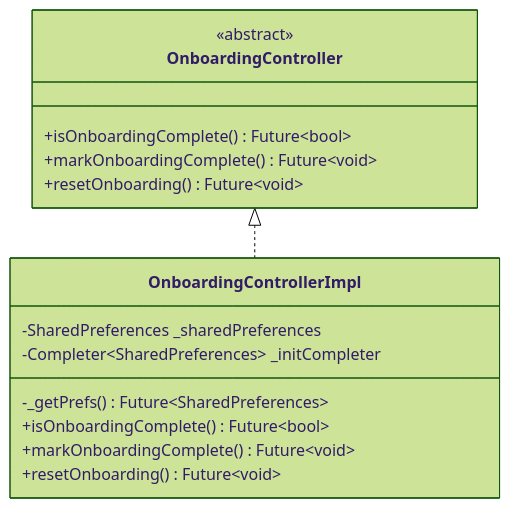
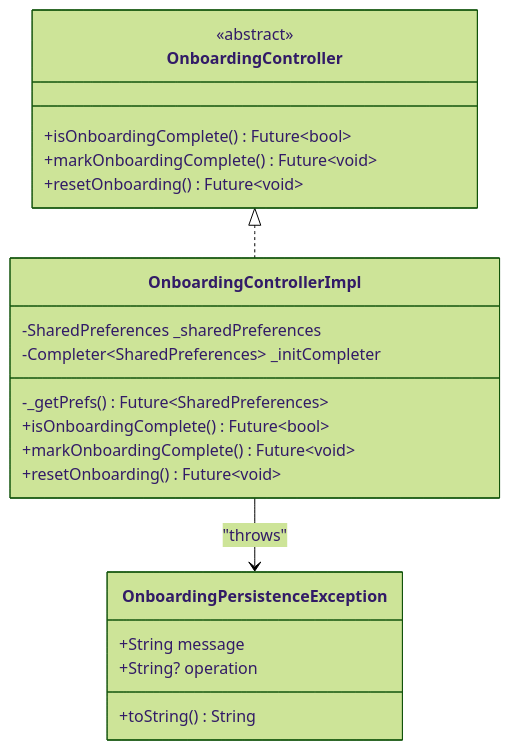
One commit to JAaron93/StyleSync changed the third of 8 diagrams in .qoder/repowiki/en/content/Core Services/Onboarding Controller.md. Above: the diagram before and after it, drawn with Mermaid (forest theme). The commit also changed other lines of this file and 36 other files, not shown here.

````diff
--- a/.qoder/repowiki/en/content/Core Services/Onboarding Controller.md
+++ b/.qoder/repowiki/en/content/Core Services/Onboarding Controller.md
@@ -160,18 +189,24 @@
 ```mermaid
 classDiagram
 class OnboardingController {
 <<abstract>>
 +isOnboardingComplete() Future~bool~
 +markOnboardingComplete() Future~void~
 +resetOnboarding() Future~void~
 }
 class OnboardingControllerImpl {
 -SharedPreferences _sharedPreferences
 -Completer~SharedPreferences~ _initCompleter
 -_getPrefs() Future~SharedPreferences~
 +isOnboardingComplete() Future~bool~
 +markOnboardingComplete() Future~void~
 +resetOnboarding() Future~void~
 }
+class OnboardingPersistenceException {
++String message
++String? operation
++toString() String
+}
 OnboardingController <|.. OnboardingControllerImpl
+OnboardingControllerImpl --> OnboardingPersistenceException : "throws"
 ```
````
